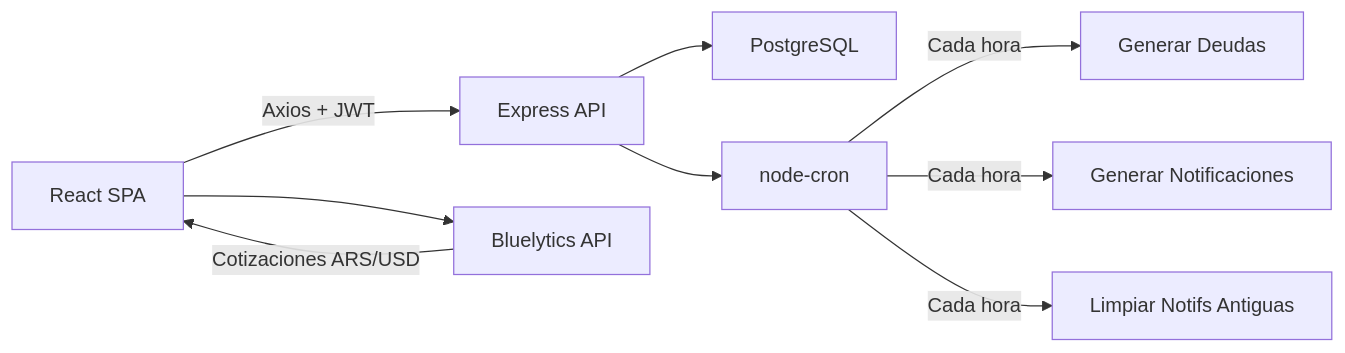
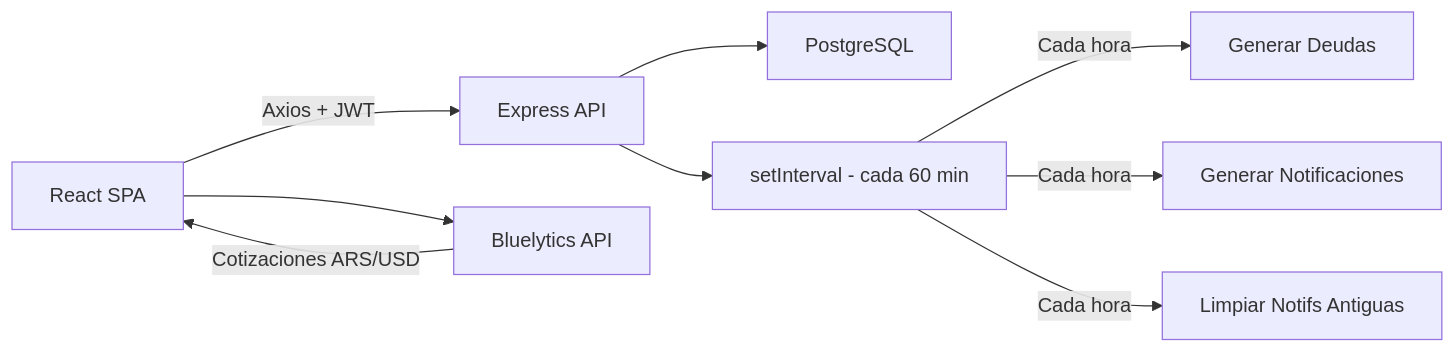
Before and after one commit to gperalta149-stack/Proyecto-Final-Dinerio: the first of 3 diagrams in README.md, drawn with Mermaid. The commit also changed other lines of this file and 3 other files, not shown here.

````diff
--- a/README.md
+++ b/README.md
@@ -238,11 +256,11 @@
 ```mermaid
 graph LR
     A[React SPA] -->|Axios + JWT| B[Express API]
     B --> C[PostgreSQL]
     A --> D[Bluelytics API]
     D -->|Cotizaciones ARS/USD| A
-    B --> E[node-cron]
+    B --> E[setInterval - cada 60 min]
     E -->|Cada hora| F[Generar Deudas]
     E -->|Cada hora| G[Generar Notificaciones]
     E -->|Cada hora| H[Limpiar Notifs Antiguas]
 ```
````
